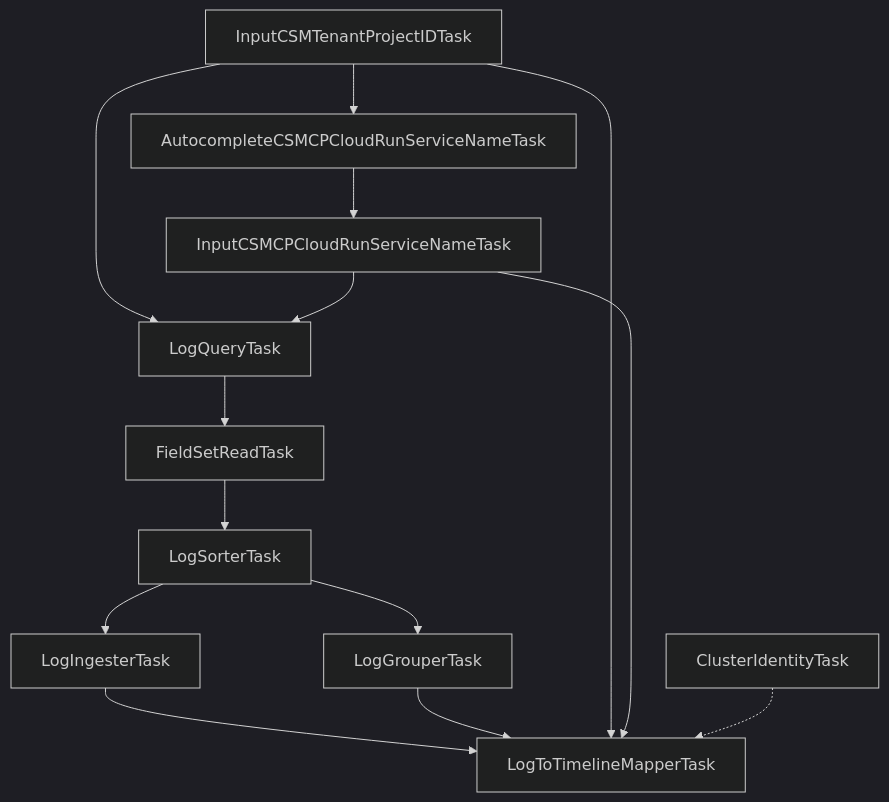
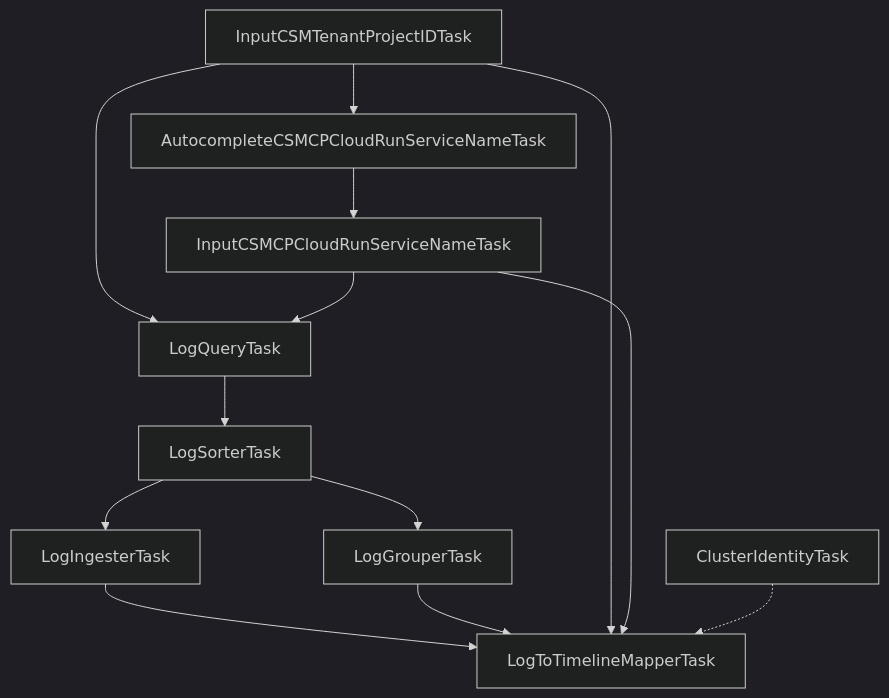
One commit to kyasbal/khi changed the diagram in pkg/task/inspection/privatecsmcp/README.md. Above: the diagram before and after it, drawn with Mermaid (dark theme). The commit also changed other lines of this file and 291 other files, not shown here.

First line of the commit message:
refactor(structured,parsers): optimize log parsing with FieldPath interning and Extractor pattern (#928)

````diff
--- a/pkg/task/inspection/privatecsmcp/README.md
+++ b/pkg/task/inspection/privatecsmcp/README.md
@@ -35,31 +35,29 @@
 ```mermaid
 graph TD
     InputCSMTenantProjectID[InputCSMTenantProjectIDTask]
     AutocompleteCSMCPCloudRunServiceName[AutocompleteCSMCPCloudRunServiceNameTask]
     InputCSMCPCloudRunServiceName[InputCSMCPCloudRunServiceNameTask]
     LogQuery[LogQueryTask]
-    FieldSetRead[FieldSetReadTask]
     LogSorter[LogSorterTask]
     LogIngester[LogIngesterTask]
     LogGrouper[LogGrouperTask]
     LogToTimelineMapper[LogToTimelineMapperTask]
     ClusterIdentity[ClusterIdentityTask]
 
     InputCSMTenantProjectID --> AutocompleteCSMCPCloudRunServiceName
     AutocompleteCSMCPCloudRunServiceName --> InputCSMCPCloudRunServiceName
 
     InputCSMTenantProjectID --> LogQuery
     InputCSMCPCloudRunServiceName --> LogQuery
 
-    LogQuery --> FieldSetRead
-    FieldSetRead --> LogSorter
+    LogQuery --> LogSorter
 
     LogSorter --> LogIngester
     LogSorter --> LogGrouper
 
     LogIngester --> LogToTimelineMapper
     LogGrouper --> LogToTimelineMapper
     InputCSMTenantProjectID --> LogToTimelineMapper
     InputCSMCPCloudRunServiceName --> LogToTimelineMapper
     ClusterIdentity -.-> LogToTimelineMapper
 ```
````
